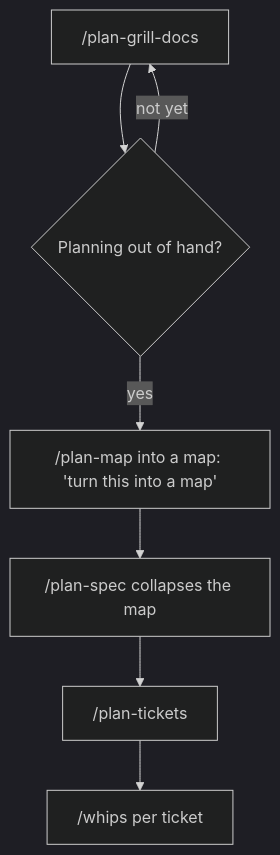
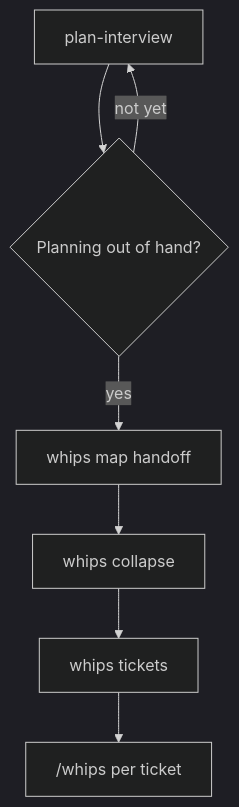
One commit to TudeOrangBiasa/skills-for-agents changed the fourth of 6 diagrams in skills/user-invoked/guide/COOKBOOK.md. Above: the diagram before and after it, drawn with Mermaid (dark theme). The commit also changed other lines of this file and 40 other files, not shown here.

Commit message:
docs: repoint router, aliases, setup, and stubs at whips-first flow

````diff
--- a/skills/user-invoked/guide/COOKBOOK.md
+++ b/skills/user-invoked/guide/COOKBOOK.md
@@ -68,7 +68,7 @@
 ```mermaid
 flowchart TD
-    D["/plan-grill-docs"] --> Q{"Planning out of hand?"}
+    D["plan-interview"] --> Q{"Planning out of hand?"}
     Q -->|"not yet"| D
-    Q -->|yes| W["/plan-map into a map: 'turn this into a map'"]
-    W --> S["/plan-spec collapses the map"] --> T["/plan-tickets"] --> W2["/whips per ticket"]
+    Q -->|yes| W["whips map handoff"]
+    W --> S["whips collapse"] --> T["whips tickets"] --> W2["/whips per ticket"]
 ```
````
